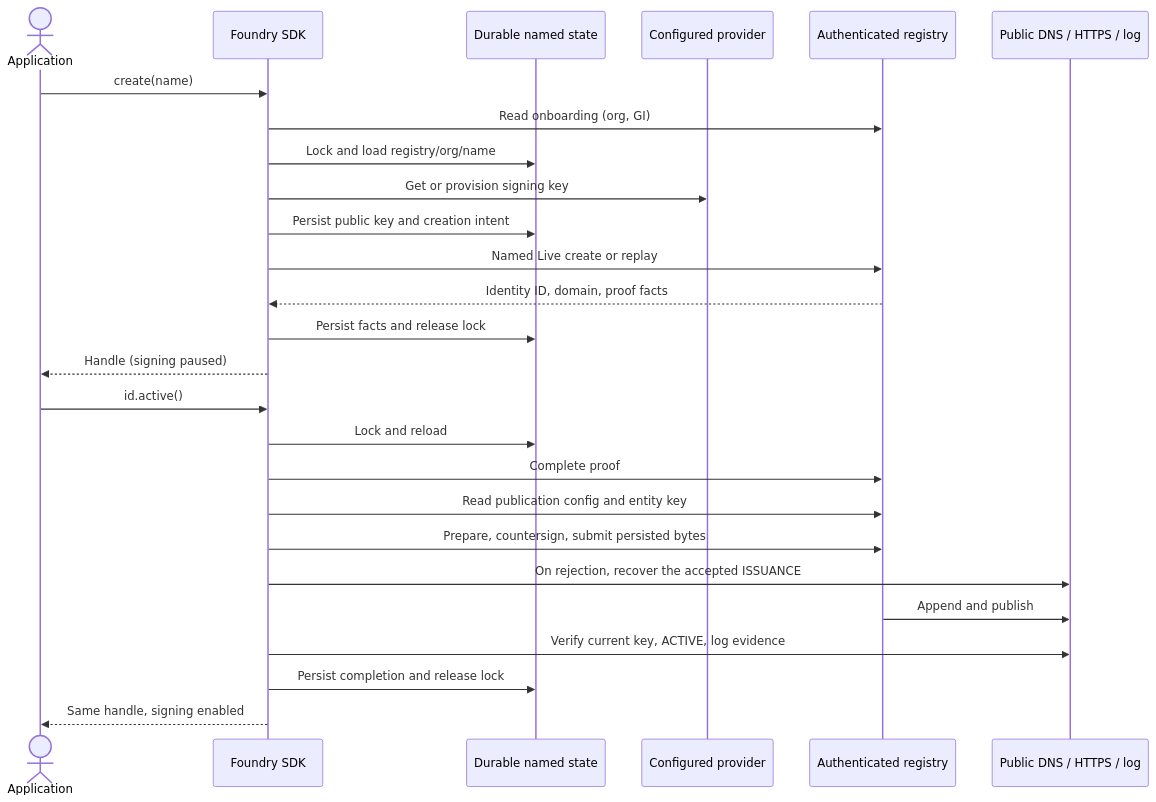
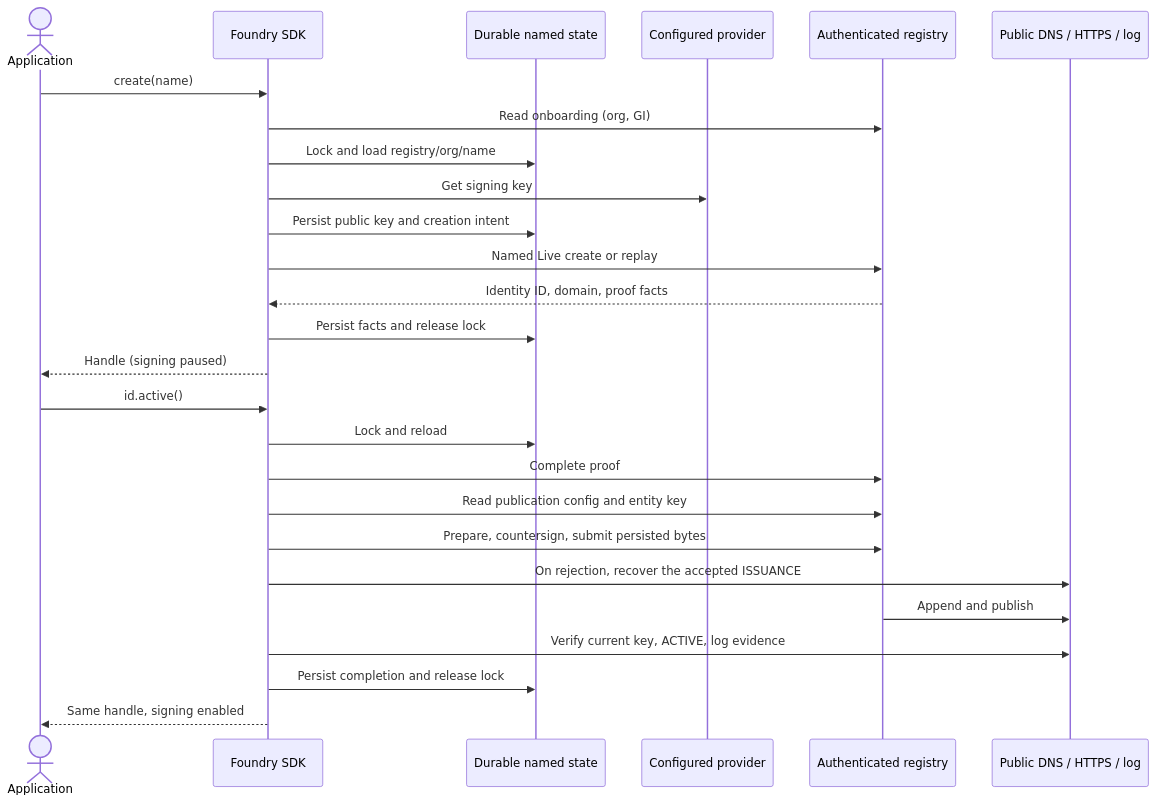
One commit to dnsid-ai/dnsid-sdk-compliance changed the diagram in docs/known-foundry-server-requirements.md. Above: the diagram before and after it, drawn with Mermaid. The commit also changed 4 other files, not shown here.

Commit message:
docs: drop EnsureSigningKey; an empty provider returns KEY_MISSING

````diff
--- a/docs/known-foundry-server-requirements.md
+++ b/docs/known-foundry-server-requirements.md
@@ -27,29 +27,29 @@
 ```mermaid
 sequenceDiagram
     actor App as Application
     participant SDK as Foundry SDK
     participant State as Durable named state
     participant Keys as Configured provider
     participant Registry as Authenticated registry
     participant Public as Public DNS / HTTPS / log
 
     App->>SDK: create(name)
     SDK->>Registry: Read onboarding (org, GI)
     SDK->>State: Lock and load registry/org/name
-    SDK->>Keys: Get or provision signing key
+    SDK->>Keys: Get signing key
     SDK->>State: Persist public key and creation intent
     SDK->>Registry: Named Live create or replay
     Registry-->>SDK: Identity ID, domain, proof facts
     SDK->>State: Persist facts and release lock
     SDK-->>App: Handle (signing paused)
     App->>SDK: id.active()
     SDK->>State: Lock and reload
     SDK->>Registry: Complete proof
     SDK->>Registry: Read publication config and entity key
     SDK->>Registry: Prepare, countersign, submit persisted bytes
     SDK->>Public: On rejection, recover the accepted ISSUANCE
     Registry->>Public: Append and publish
     SDK->>Public: Verify current key, ACTIVE, log evidence
     SDK->>State: Persist completion and release lock
     SDK-->>App: Same handle, signing enabled
 ```
````
